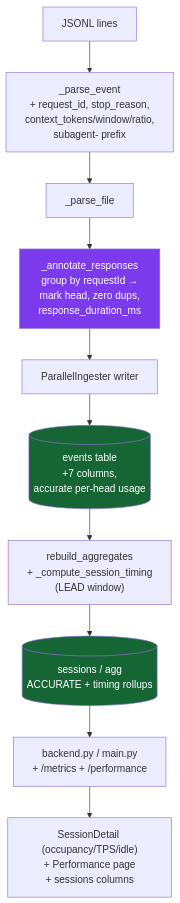
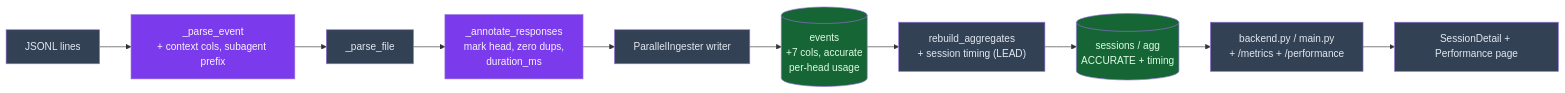
One commit to neozenith/claude-code-sessions changed the fourth of 6 diagrams in docs/plans/tokenometrics/DISCOVERY.md. Above: the diagram before and after it, drawn with Mermaid. The commit also changed other lines of this file and 37 other files, not shown here.

````diff
--- a/docs/plans/tokenometrics/DISCOVERY.md
+++ b/docs/plans/tokenometrics/DISCOVERY.md
@@ -42,16 +73,18 @@
 ```mermaid
-flowchart TD
-    JSONL["JSONL lines"] --> PE["_parse_event<br/>+ request_id, stop_reason,<br/>context_tokens/window/ratio,<br/>subagent- prefix"]
+flowchart LR
+    JSONL["JSONL lines"] --> PE["_parse_event<br/>+ context cols, subagent prefix"]
     PE --> PF["_parse_file"]
-    PF --> AR["_annotate_responses<br/>group by requestId →<br/>mark head, zero dups,<br/>response_duration_ms"]
+    PF --> AR["_annotate_responses<br/>mark head, zero dups,<br/>duration_ms"]
     AR --> PI["ParallelIngester writer"]
-    PI --> EV[("events table<br/>+7 columns,<br/>accurate per-head usage")]
-    EV --> RB["rebuild_aggregates<br/>+ _compute_session_timing<br/>(LEAD window)"]
-    RB --> SESS[("sessions / agg<br/>ACCURATE + timing rollups")]
+    PI --> EV[("events<br/>+7 cols, accurate<br/>per-head usage")]
+    EV --> RB["rebuild_aggregates<br/>+ session timing (LEAD)"]
+    RB --> SESS[("sessions / agg<br/>ACCURATE + timing")]
     SESS --> API["backend.py / main.py<br/>+ /metrics + /performance"]
-    API --> FE["SessionDetail (occupancy/TPS/idle)<br/>+ Performance page<br/>+ sessions columns"]
-    classDef good fill:#166534,color:#fff;
-    classDef process fill:#7c3aed,color:#fff;
+    API --> FE["SessionDetail + Performance page"]
+    classDef good fill:#166534,color:#dcfce7
+    classDef process fill:#7c3aed,color:#f5f3ff
+    classDef neutral fill:#334155,color:#e2e8f0
     class EV,SESS good
-    class AR process
+    class AR,PE process
+    class JSONL,PF,PI,RB,API,FE neutral
 ```
````
